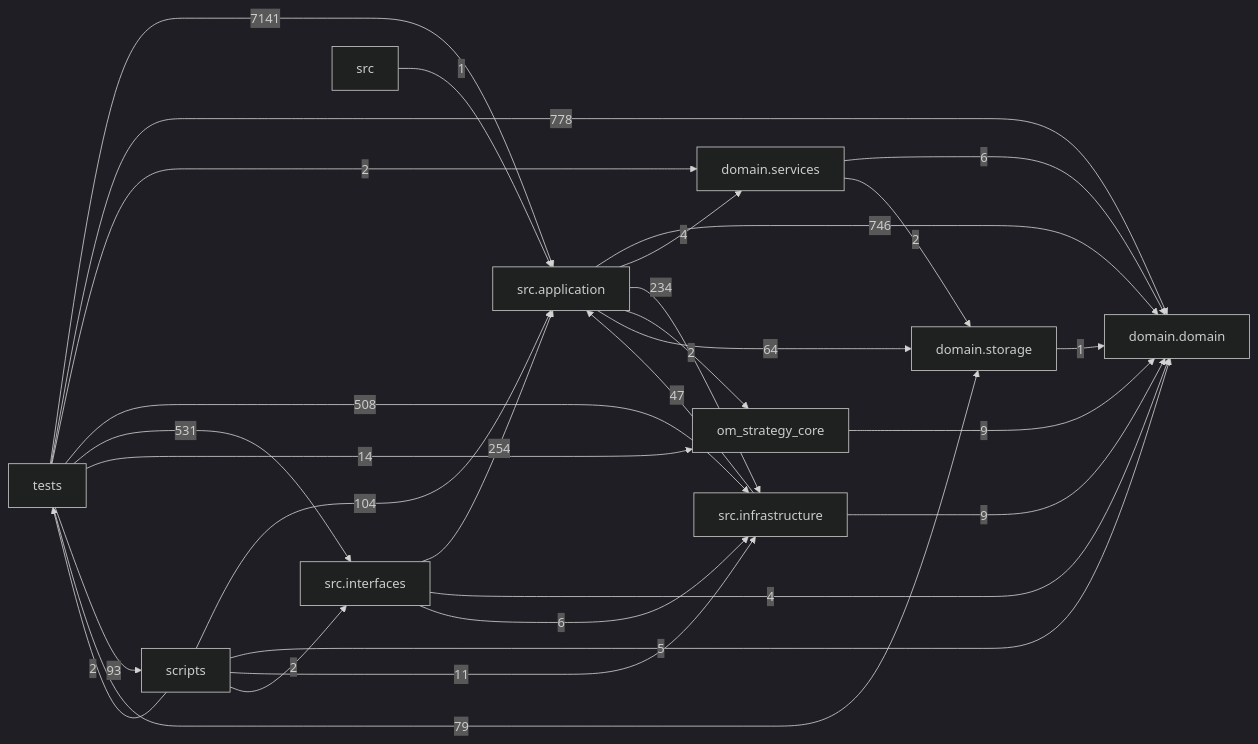
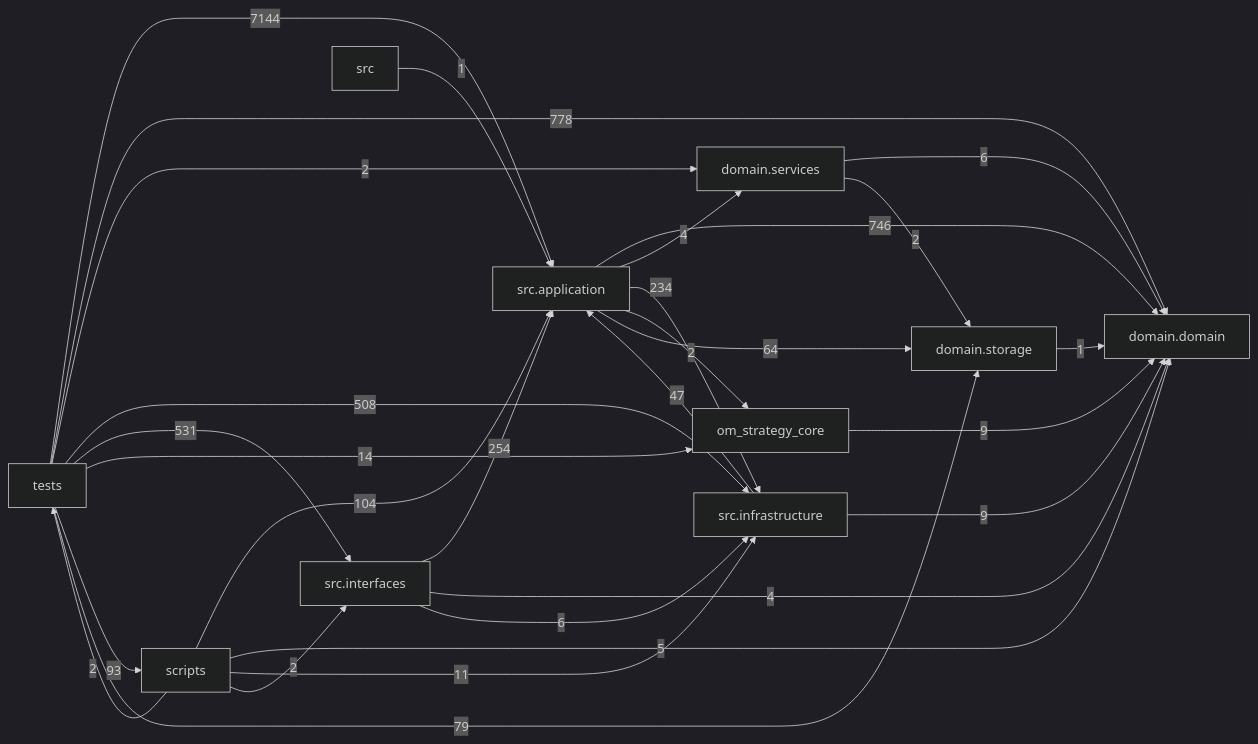
Before and after one commit to liuxie066/options-monitor: the diagram in docs/DEPENDENCY_GRAPH.md, drawn with Mermaid (dark theme). The commit also changed other lines of this file and 2 other files, not shown here.

````diff
--- a/docs/DEPENDENCY_GRAPH.md
+++ b/docs/DEPENDENCY_GRAPH.md
@@ -24,39 +24,39 @@
 ```mermaid
 flowchart LR
   tests["tests"]
   scripts["scripts"]
   interfaces["src.interfaces"]
   application["src.application"]
   infrastructure["src.infrastructure"]
   domain_services["domain.services"]
   domain["domain.domain"]
   storage["domain.storage"]
   application -->|746| domain
   application -->|4| domain_services
   application -->|234| infrastructure
   application -->|2| om_strategy_core
   application -->|64| storage
   domain_services -->|6| domain
   domain_services -->|2| storage
   infrastructure -->|47| application
   infrastructure -->|9| domain
   interfaces -->|254| application
   interfaces -->|4| domain
   interfaces -->|6| infrastructure
   om_strategy_core -->|9| domain
   scripts -->|104| application
   scripts -->|5| domain
   scripts -->|11| infrastructure
   scripts -->|2| interfaces
   scripts -->|2| tests
   src -->|1| application
   storage -->|1| domain
-  tests -->|7141| application
+  tests -->|7144| application
   tests -->|778| domain
   tests -->|2| domain_services
   tests -->|508| infrastructure
   tests -->|531| interfaces
   tests -->|14| om_strategy_core
   tests -->|93| scripts
   tests -->|79| storage
 ```
````
